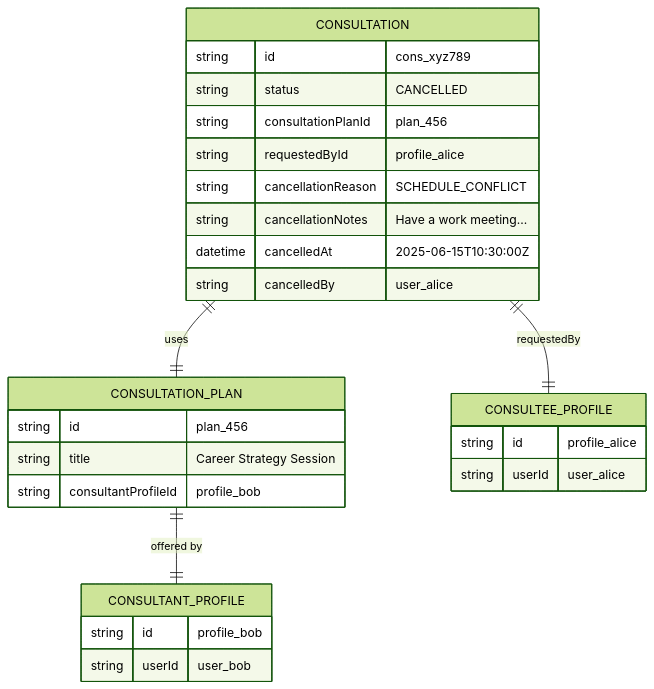
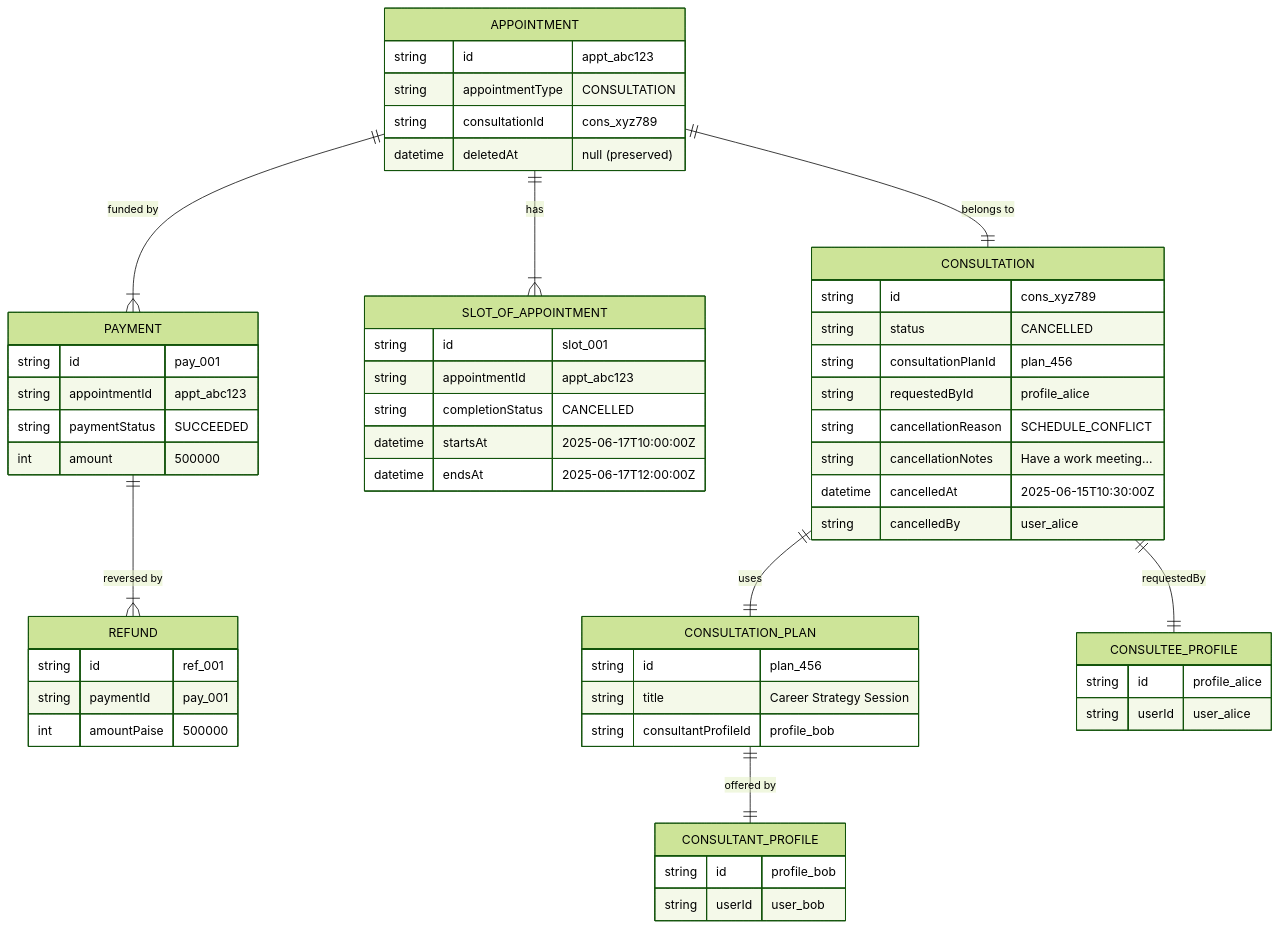
The fifth of 14 diagrams in docs/booking/08-cancellation-flow.md (Practitionist/familiarise_web), drawn with Mermaid (forest theme) before and after one commit. The commit also changed other lines of this file and 8 other files, not shown here.

````diff
--- a/docs/booking/08-cancellation-flow.md
+++ b/docs/booking/08-cancellation-flow.md
@@ -524,33 +610,65 @@
 ```mermaid
 erDiagram
+    APPOINTMENT {
+        string id "appt_abc123"
+        string appointmentType "CONSULTATION"
+        string consultationId "cons_xyz789"
+        datetime deletedAt "null (preserved)"
+    }
+
     CONSULTATION {
         string id "cons_xyz789"
         string status "CANCELLED"
         string consultationPlanId "plan_456"
         string requestedById "profile_alice"
         string cancellationReason "SCHEDULE_CONFLICT"
         string cancellationNotes "Have a work meeting..."
         datetime cancelledAt "2025-06-15T10:30:00Z"
         string cancelledBy "user_alice"
+    }
+
+    SLOT_OF_APPOINTMENT {
+        string id "slot_001"
+        string appointmentId "appt_abc123"
+        string completionStatus "CANCELLED"
+        datetime startsAt "2025-06-17T10:00:00Z"
+        datetime endsAt "2025-06-17T12:00:00Z"
+    }
+
+    PAYMENT {
+        string id "pay_001"
+        string appointmentId "appt_abc123"
+        string paymentStatus "SUCCEEDED"
+        int amount "500000"
+    }
+
+    REFUND {
+        string id "ref_001"
+        string paymentId "pay_001"
+        int amountPaise "500000"
     }
 
     CONSULTATION_PLAN {
         string id "plan_456"
         string title "Career Strategy Session"
         string consultantProfileId "profile_bob"
     }
 
     CONSULTEE_PROFILE {
         string id "profile_alice"
         string userId "user_alice"
     }
 
     CONSULTANT_PROFILE {
         string id "profile_bob"
         string userId "user_bob"
     }
 
+    APPOINTMENT ||--|| CONSULTATION : "belongs to"
+    APPOINTMENT ||--|{ SLOT_OF_APPOINTMENT : "has"
+    APPOINTMENT ||--|{ PAYMENT : "funded by"
+    PAYMENT ||--|{ REFUND : "reversed by"
     CONSULTATION ||--|| CONSULTATION_PLAN : "uses"
     CONSULTATION ||--|| CONSULTEE_PROFILE : "requestedBy"
     CONSULTATION_PLAN ||--|| CONSULTANT_PROFILE : "offered by"
 ```
````
